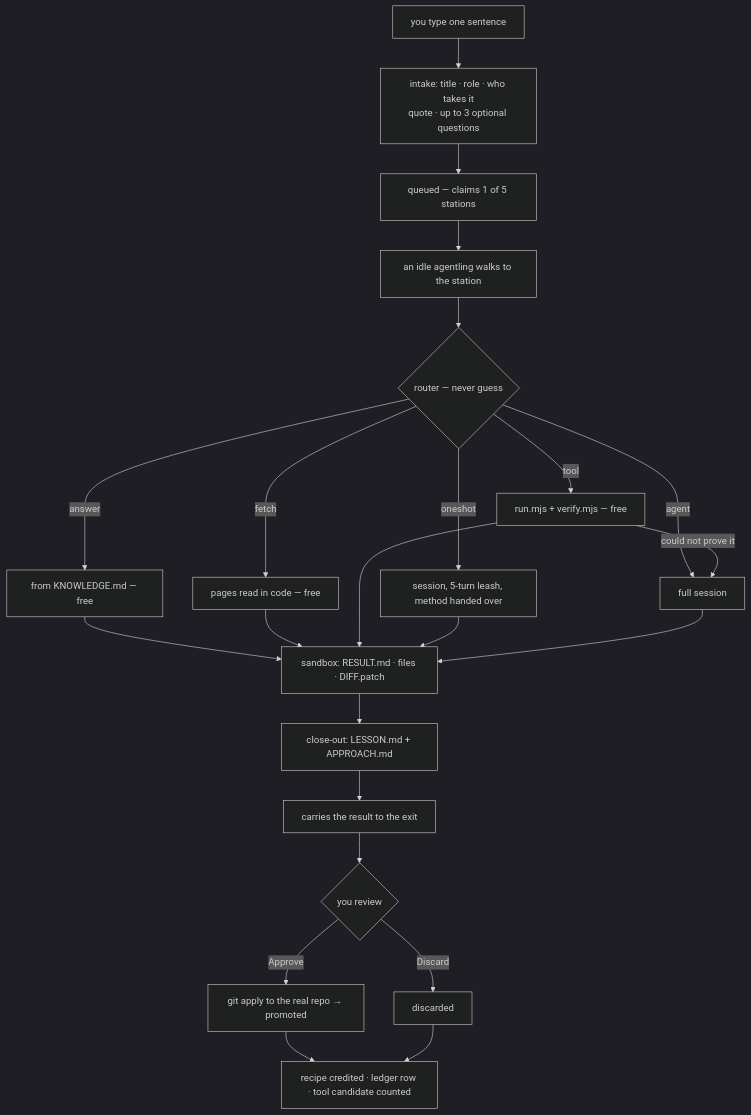
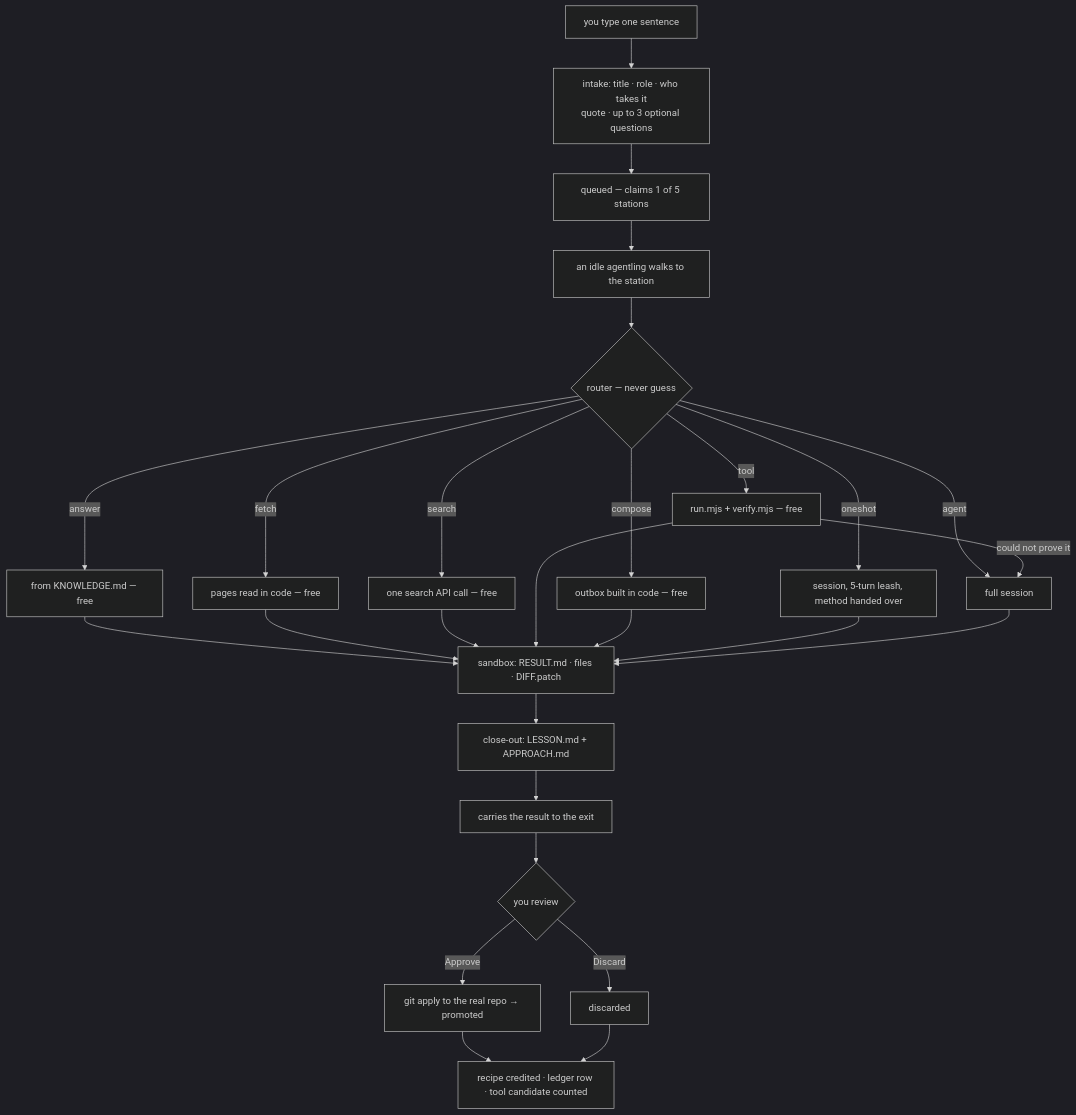
One commit to briant92/Agentlings changed the fourth of 5 diagrams in AGENTLING.md. Above: the diagram before and after it, drawn with Mermaid (dark theme). The commit also changed other lines of this file and 1 other file, not shown here.

````diff
--- a/AGENTLING.md
+++ b/AGENTLING.md
@@ -1061,25 +1065,29 @@
 ```mermaid
 flowchart TD
   S["you type one sentence"] --> I["intake: title · role · who takes it<br/>quote · up to 3 optional questions"]
   I --> Q["queued — claims 1 of 5 stations"]
   Q --> W["an idle agentling walks to the station"]
   W --> R{"router — never guess"}
   R -->|"answer"| F1["from KNOWLEDGE.md — free"]
   R -->|"fetch"| F2["pages read in code — free"]
+  R -->|"search"| F4["one search API call — free"]
   R -->|"tool"| F3["run.mjs + verify.mjs — free"]
+  R -->|"compose"| F5["outbox built in code — free"]
   R -->|"oneshot"| SE["session, 5-turn leash, method handed over"]
   R -->|"agent"| SE2["full session"]
   F3 -->|"could not prove it"| SE2
   F1 --> D["sandbox: RESULT.md · files · DIFF.patch"]
   F2 --> D
+  F4 --> D
   F3 --> D
+  F5 --> D
   SE --> D
   SE2 --> D
   D --> C["close-out: LESSON.md + APPROACH.md"]
   C --> X["carries the result to the exit"]
   X --> V{"you review"}
   V -->|"Approve"| P["git apply to the real repo → promoted"]
   V -->|"Discard"| DI["discarded"]
   P --> LN["recipe credited · ledger row · tool candidate counted"]
   DI --> LN
 ```
````
